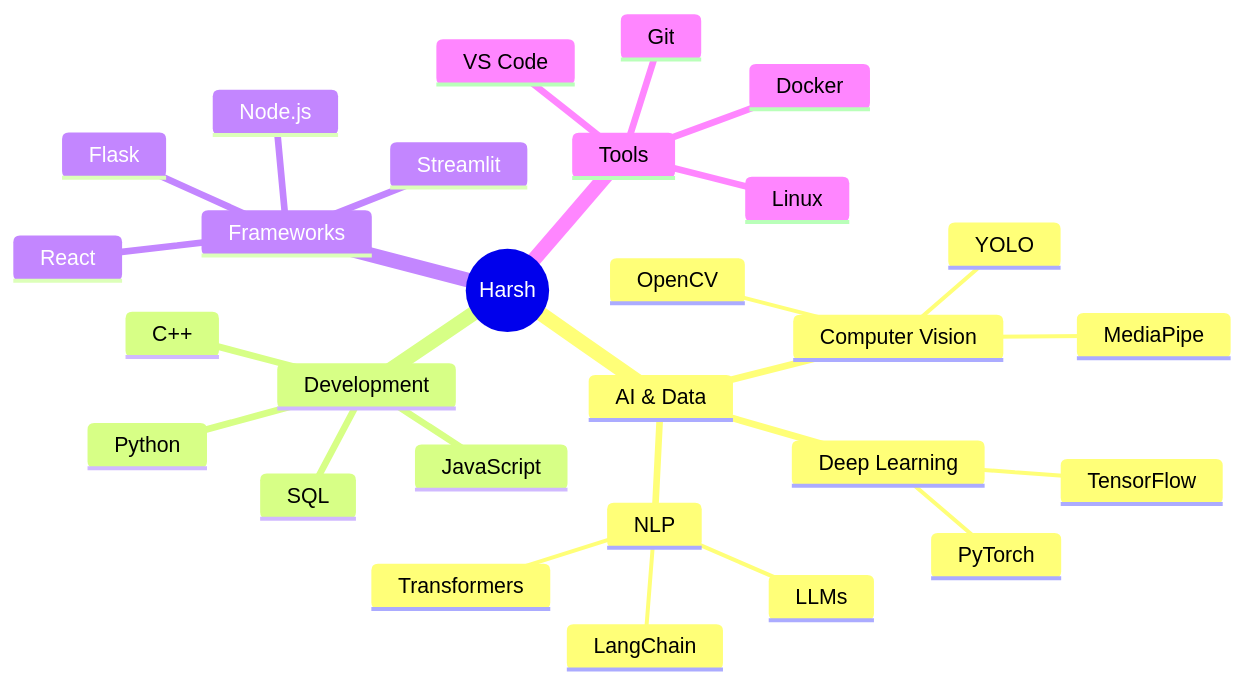
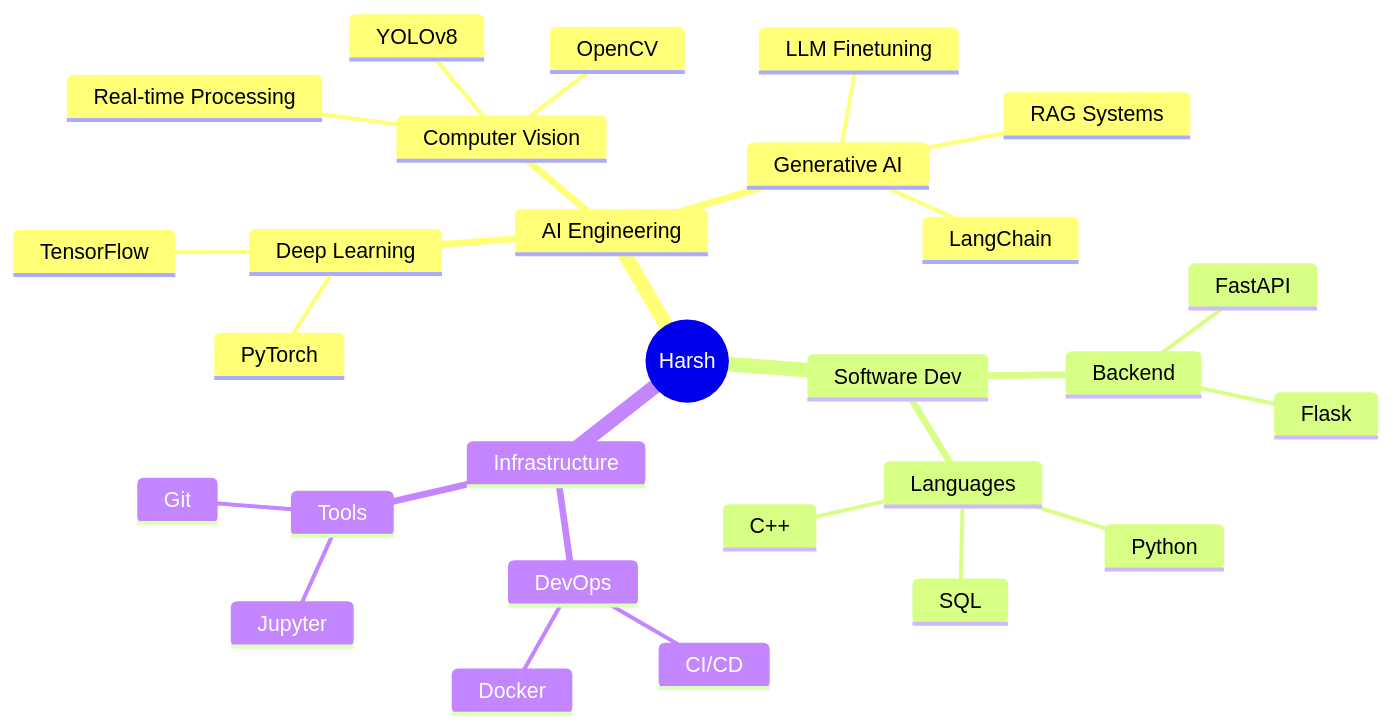
The diagram in README.md (HarshChoudhary2003/HarshChoudhary2003), drawn with Mermaid before and after one commit. The commit also changed other lines of this file, not shown here.

````diff
--- a/README.md
+++ b/README.md
@@ -44,31 +85,31 @@
 ```mermaid
 mindmap
   root((Harsh))
-    AI & Data
+    AI Engineering
       Deep Learning
         PyTorch
         TensorFlow
       Computer Vision
         OpenCV
-        YOLO
-        MediaPipe
-      NLP
-        Transformers
-        LLMs
+        YOLOv8
+        Real-time Processing
+      Generative AI
+        RAG Systems
         LangChain
-    Development
-      Python
-      JavaScript
-      C++
-      SQL
-    Frameworks
-      React
-      Node.js
-      Flask
-      Streamlit
-    Tools
-      Git
-      Docker
-      Linux
-      VS Code
+        LLM Finetuning
+    Software Dev
+      Backend
+        FastAPI
+        Flask
+      Languages
+        Python
+        C++
+        SQL
+    Infrastructure
+      DevOps
+        Docker
+        CI/CD
+      Tools
+        Git
+        Jupyter
 ```
````
